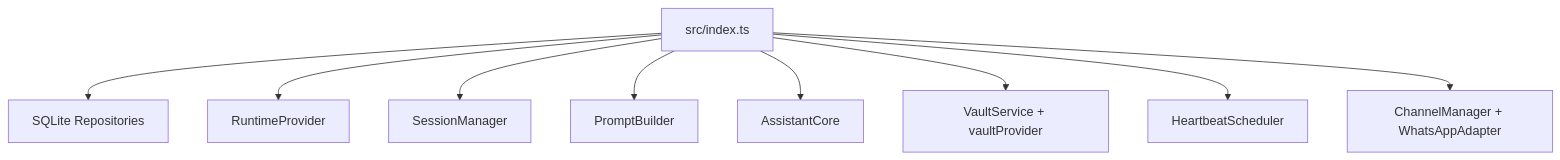
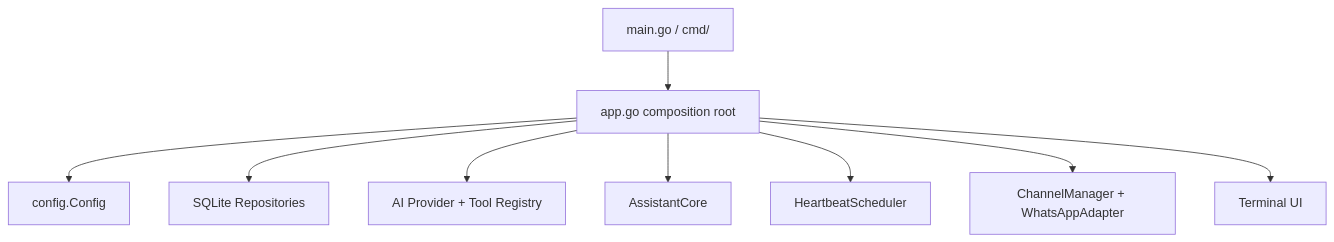
The first of 5 diagrams in docs/architecture/coding-architecture.md (alexradunet/pocketbrain), drawn with Mermaid before and after one commit. The commit also changed other lines of this file and 29 other files, not shown here.

````diff
--- a/docs/architecture/coding-architecture.md
+++ b/docs/architecture/coding-architecture.md
@@ -9,12 +9,12 @@
 ```mermaid
 flowchart TB
-  Index[src/index.ts]
-  Index --> Repos[SQLite Repositories]
-  Index --> Runtime[RuntimeProvider]
-  Index --> Sessions[SessionManager]
-  Index --> Prompts[PromptBuilder]
-  Index --> Assistant[AssistantCore]
-  Index --> Vault[VaultService + vaultProvider]
-  Index --> Scheduler[HeartbeatScheduler]
-  Index --> Channels[ChannelManager + WhatsAppAdapter]
+  Main[main.go / cmd/]
+  Main --> App[app.go composition root]
+  App --> Config[config.Config]
+  App --> Store[SQLite Repositories]
+  App --> AI[AI Provider + Tool Registry]
+  App --> Core[AssistantCore]
+  App --> Scheduler[HeartbeatScheduler]
+  App --> Channels[ChannelManager + WhatsAppAdapter]
+  App --> TUI[Terminal UI]
 ```
````
